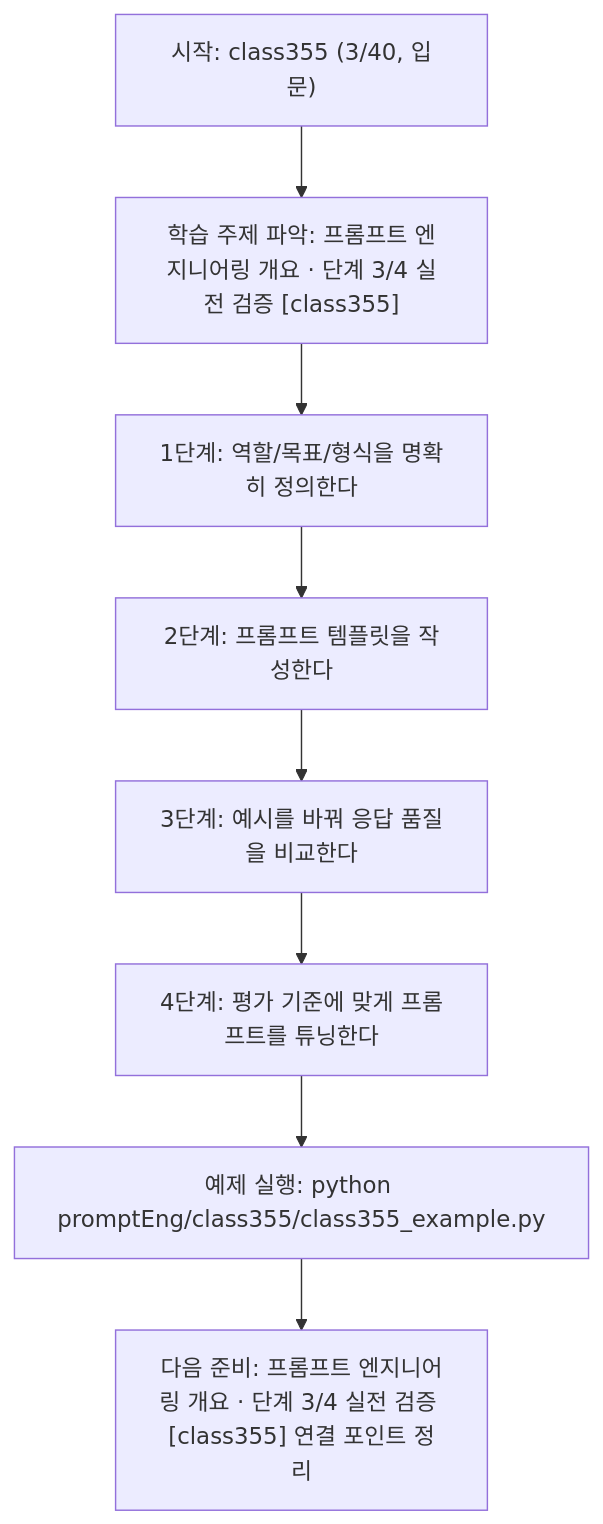
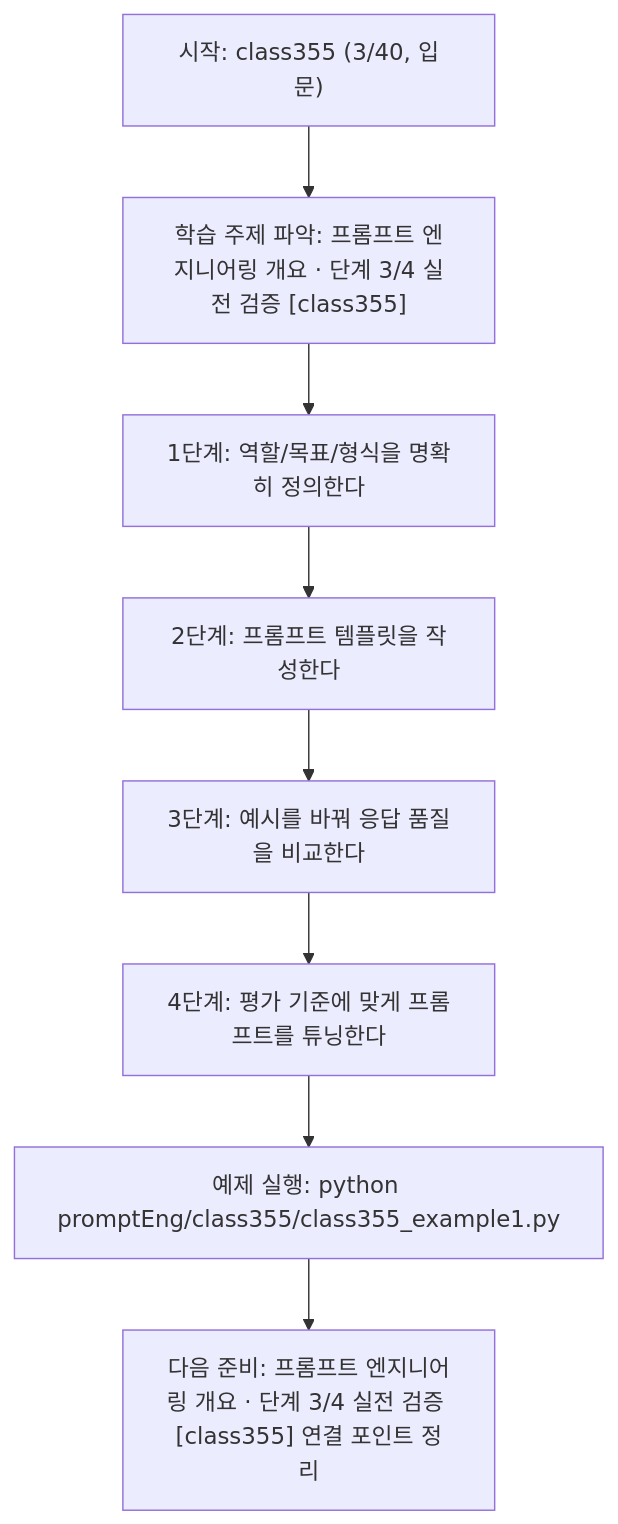
Before and after one commit to edumgt/Python-AI_Agent-Class: the diagram in promptEng/class355/class355.md, drawn with Mermaid. The commit also changed other lines of this file and 2959 other files, not shown here.

````diff
--- a/promptEng/class355/class355.md
+++ b/promptEng/class355/class355.md
@@ -110,18 +110,18 @@
 ```mermaid
 flowchart TD
 N1["시작: class355 (3/40, 입문)"]
 N2["학습 주제 파악: 프롬프트 엔지니어링 개요 · 단계 3/4 실전 검증 [class355]"]
 N3["1단계: 역할/목표/형식을 명확히 정의한다"]
 N4["2단계: 프롬프트 템플릿을 작성한다"]
 N5["3단계: 예시를 바꿔 응답 품질을 비교한다"]
 N6["4단계: 평가 기준에 맞게 프롬프트를 튜닝한다"]
-N7["예제 실행: python promptEng/class355/class355_example.py"]
+N7["예제 실행: python promptEng/class355/class355_example1.py"]
 N8["다음 준비: 프롬프트 엔지니어링 개요 · 단계 3/4 실전 검증 [class355] 연결 포인트 정리"]
 N1 --> N2
 N2 --> N3
 N3 --> N4
 N4 --> N5
 N5 --> N6
 N6 --> N7
 N7 --> N8
 ```
````
